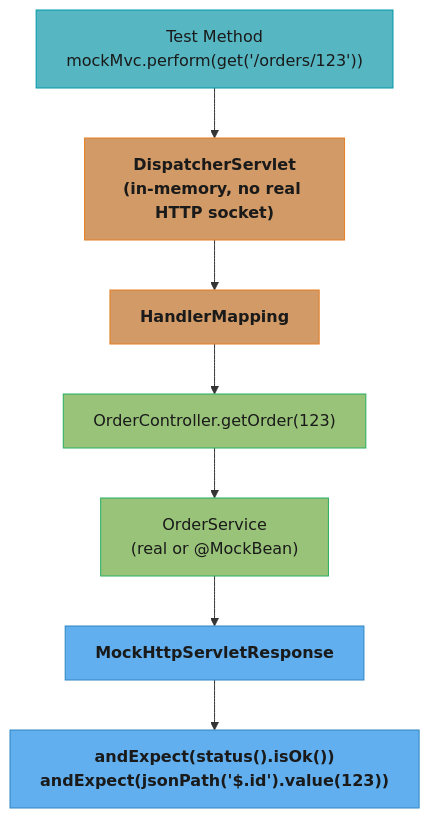
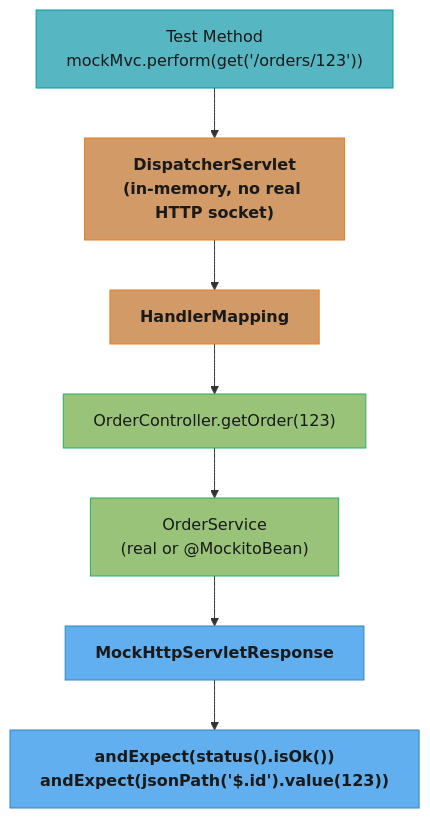
One commit to rppol/system-design changed the third of 5 diagrams in src/main/java/com/rutik/systemdesign/spring/spring_testing/README.md. Above: the diagram before and after it, drawn with Mermaid. The commit also changed other lines of this file and 8 other files, not shown here.

First line of the commit message:
audit(spring): 49 corrections — @MockBean x100 is removed in Boot 4.0, and flatMap was never unbounded

````diff
--- a/src/main/java/com/rutik/systemdesign/spring/spring_testing/README.md
+++ b/src/main/java/com/rutik/systemdesign/spring/spring_testing/README.md
@@ -152,22 +152,22 @@
 ```mermaid
 flowchart TD
     classDef io      fill:#61afef,stroke:#2e86c1,color:#1a1a1a,font-weight:bold
     classDef frozen  fill:#c678dd,stroke:#9b59b6,color:#fff
     classDef train   fill:#98c379,stroke:#27ae60,color:#1a1a1a
     classDef mathOp  fill:#d19a66,stroke:#e67e22,color:#1a1a1a,font-weight:bold
     classDef lossN   fill:#e06c75,stroke:#c0392b,color:#fff,font-weight:bold
     classDef req     fill:#56b6c2,stroke:#0097a7,color:#1a1a1a
     classDef base    fill:#e5c07b,stroke:#f39c12,color:#1a1a1a
 
     T["Test Method\nmockMvc.perform(get('/orders/123'))"] --> D["DispatcherServlet\n(in-memory, no real HTTP socket)"]
     D --> H["HandlerMapping"]
     H --> OC["OrderController.getOrder(123)"]
-    OC --> OS["OrderService\n(real or @MockBean)"]
+    OC --> OS["OrderService\n(real or @MockitoBean)"]
     OS --> R["MockHttpServletResponse"]
     R --> E["andExpect(status().isOk())\nandExpect(jsonPath('$.id').value(123))"]
 
     class T req
     class D,H mathOp
     class OC,OS train
     class R,E io
 ```
````
